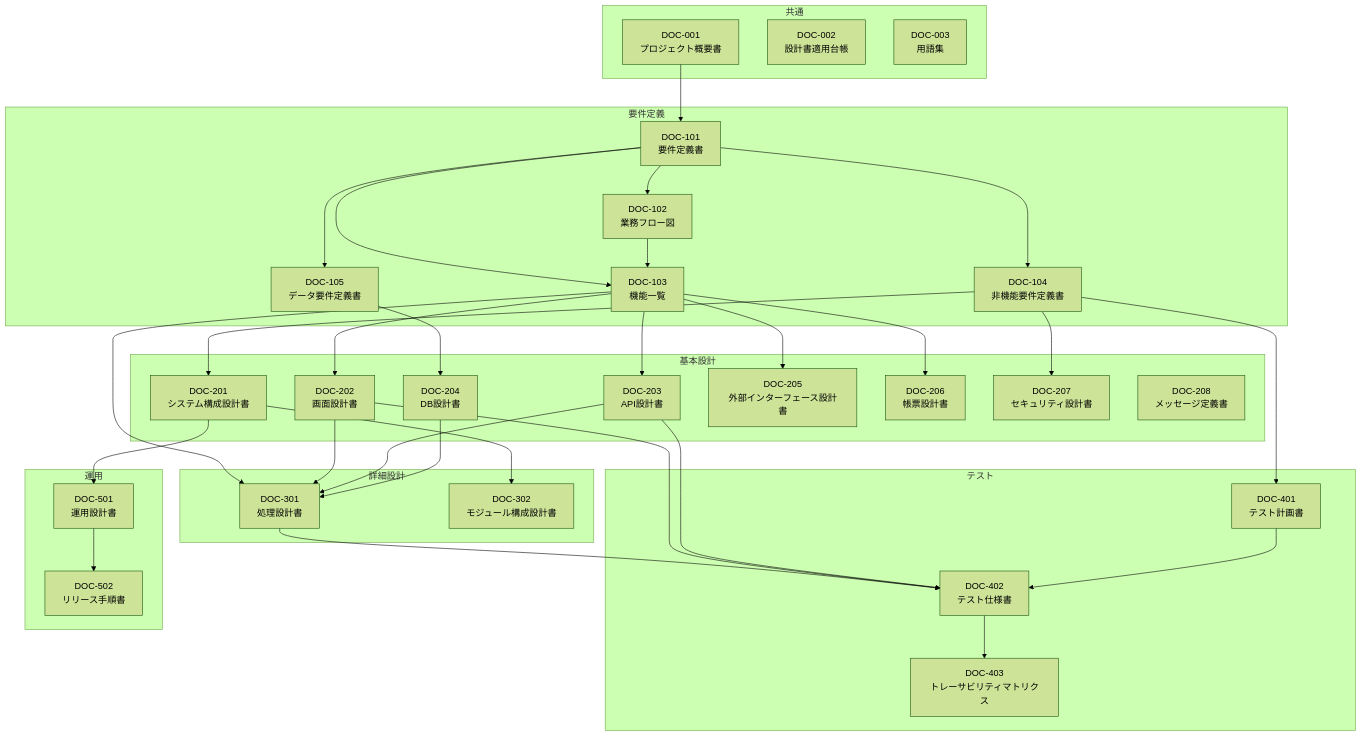
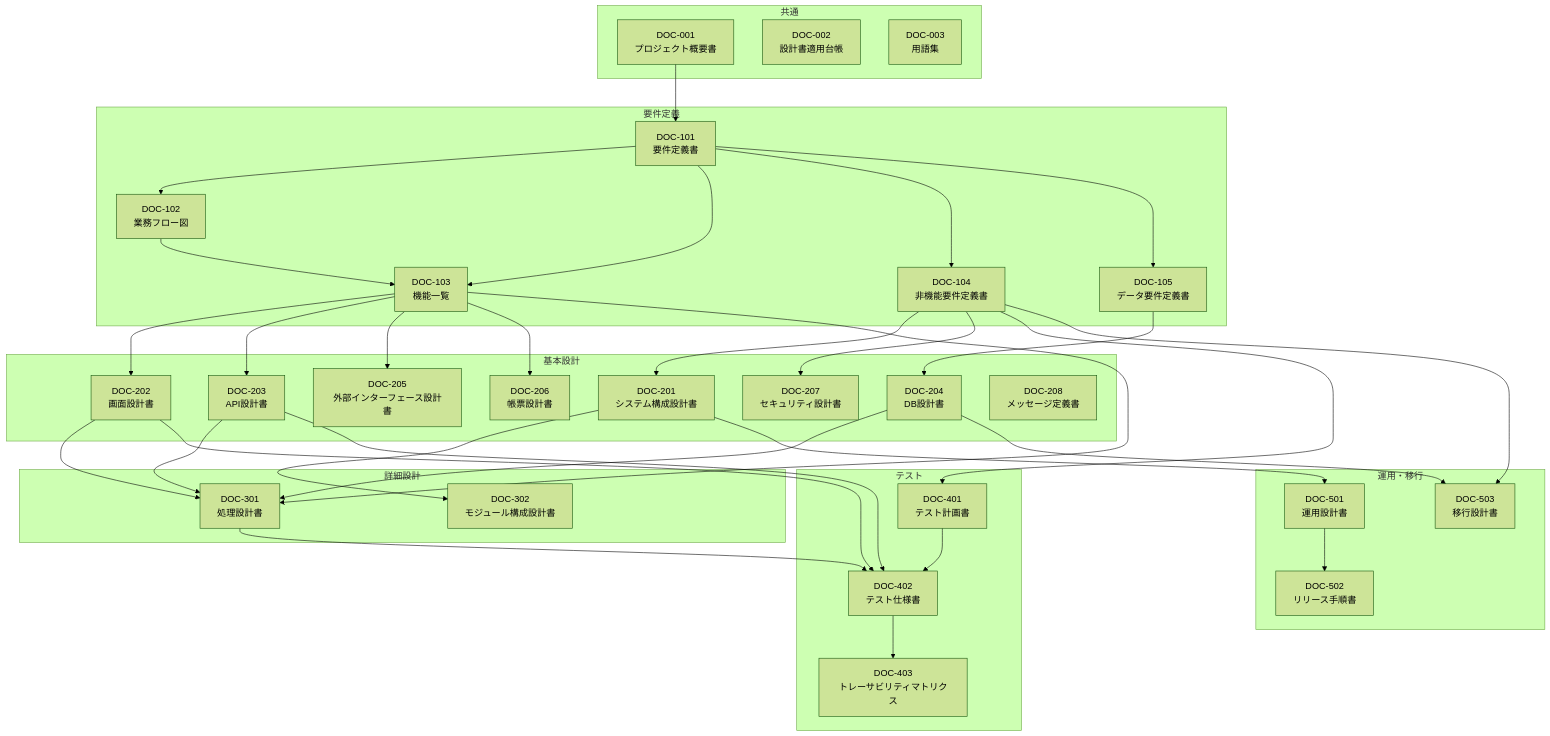
Before and after one commit to sonezakinoobuki/design_template: the first of 3 diagrams in design-standards/00_標準定義/02_設計書体系定義書.md, drawn with Mermaid (forest theme). The commit also changed other lines of this file and 5 other files, not shown here.

````diff
--- a/design-standards/00_標準定義/02_設計書体系定義書.md
+++ b/design-standards/00_標準定義/02_設計書体系定義書.md
@@ -29,70 +29,73 @@
 ```mermaid
 flowchart TD
     subgraph C[共通]
         D001[DOC-001<br/>プロジェクト概要書]
         D002[DOC-002<br/>設計書適用台帳]
         D003[DOC-003<br/>用語集]
     end
 
     subgraph R[要件定義]
         D101[DOC-101<br/>要件定義書]
         D102[DOC-102<br/>業務フロー図]
         D103[DOC-103<br/>機能一覧]
         D104[DOC-104<br/>非機能要件定義書]
         D105[DOC-105<br/>データ要件定義書]
     end
 
     subgraph B[基本設計]
         D201[DOC-201<br/>システム構成設計書]
         D202[DOC-202<br/>画面設計書]
         D203[DOC-203<br/>API設計書]
         D204[DOC-204<br/>DB設計書]
         D205[DOC-205<br/>外部インターフェース設計書]
         D206[DOC-206<br/>帳票設計書]
         D207[DOC-207<br/>セキュリティ設計書]
         D208[DOC-208<br/>メッセージ定義書]
     end
 
     subgraph DD[詳細設計]
         D301[DOC-301<br/>処理設計書]
         D302[DOC-302<br/>モジュール構成設計書]
     end
 
     subgraph T[テスト]
         D401[DOC-401<br/>テスト計画書]
         D402[DOC-402<br/>テスト仕様書]
         D403[DOC-403<br/>トレーサビリティマトリクス]
     end
 
-    subgraph O[運用]
+    subgraph O[運用・移行]
         D501[DOC-501<br/>運用設計書]
         D502[DOC-502<br/>リリース手順書]
+        D503[DOC-503<br/>移行設計書]
     end
 
     D001 --> D101
     D101 --> D102
     D101 --> D103
     D101 --> D104
     D101 --> D105
     D102 --> D103
     D103 --> D202
     D103 --> D203
     D103 --> D205
     D103 --> D206
     D103 --> D301
     D104 --> D201
     D104 --> D207
     D105 --> D204
     D201 --> D302
     D202 --> D301
     D203 --> D301
     D204 --> D301
     D301 --> D402
     D202 --> D402
     D203 --> D402
     D104 --> D401
     D401 --> D402
     D402 --> D403
     D201 --> D501
     D501 --> D502
+    D104 --> D503
+    D204 --> D503
 ```
````
